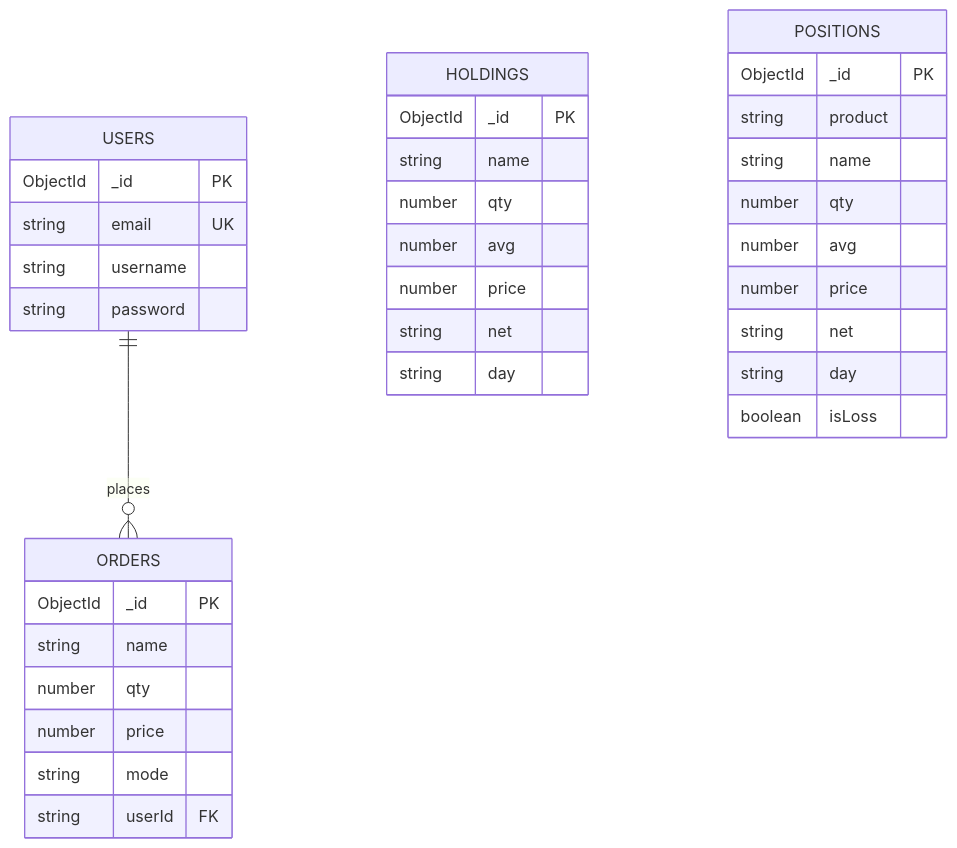
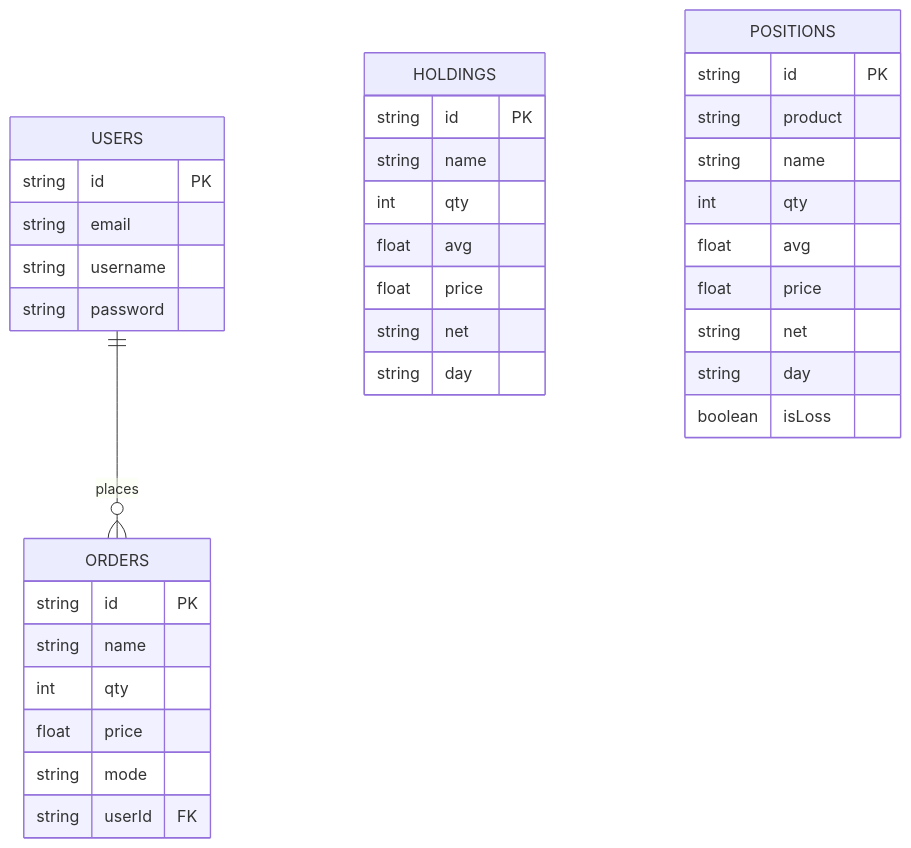
The fourth of 6 diagrams in README.md (rajayush6200/investro), drawn with Mermaid before and after one commit. The commit also changed other lines of this file, not shown here.

````diff
--- a/README.md
+++ b/README.md
@@ -329,38 +329,38 @@
 ```mermaid
 erDiagram
     USERS ||--o{ ORDERS : places
     USERS {
-        ObjectId _id PK
-        string email UK
+        string id PK
+        string email
         string username
         string password
     }
     ORDERS {
-        ObjectId _id PK
+        string id PK
         string name
-        number qty
-        number price
+        int qty
+        float price
         string mode
         string userId FK
     }
     HOLDINGS {
-        ObjectId _id PK
+        string id PK
         string name
-        number qty
-        number avg
-        number price
+        int qty
+        float avg
+        float price
         string net
         string day
     }
     POSITIONS {
-        ObjectId _id PK
+        string id PK
         string product
         string name
-        number qty
-        number avg
-        number price
+        int qty
+        float avg
+        float price
         string net
         string day
         boolean isLoss
     }
 ```
````
